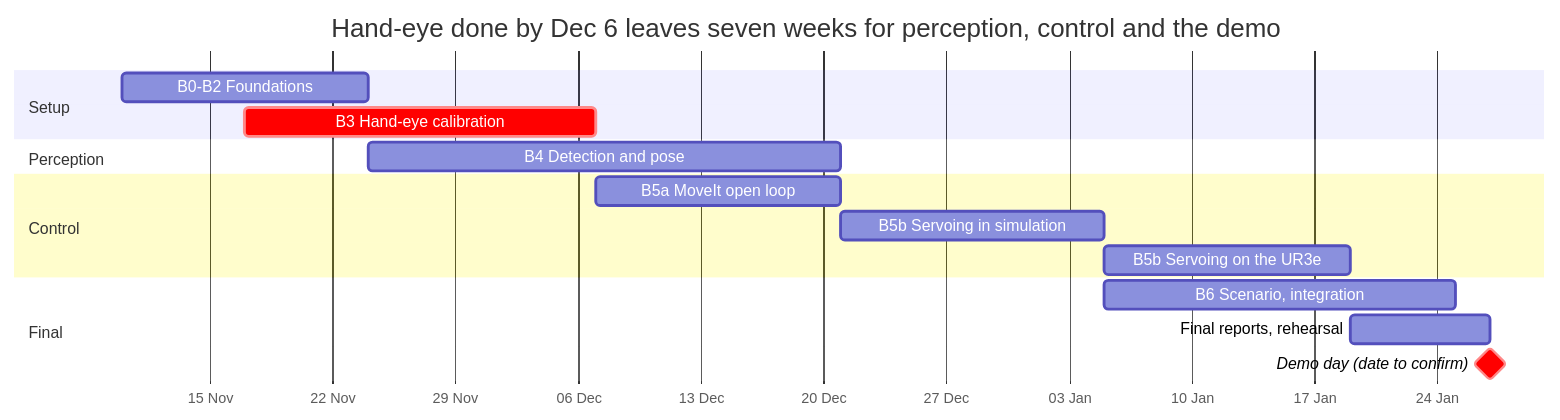
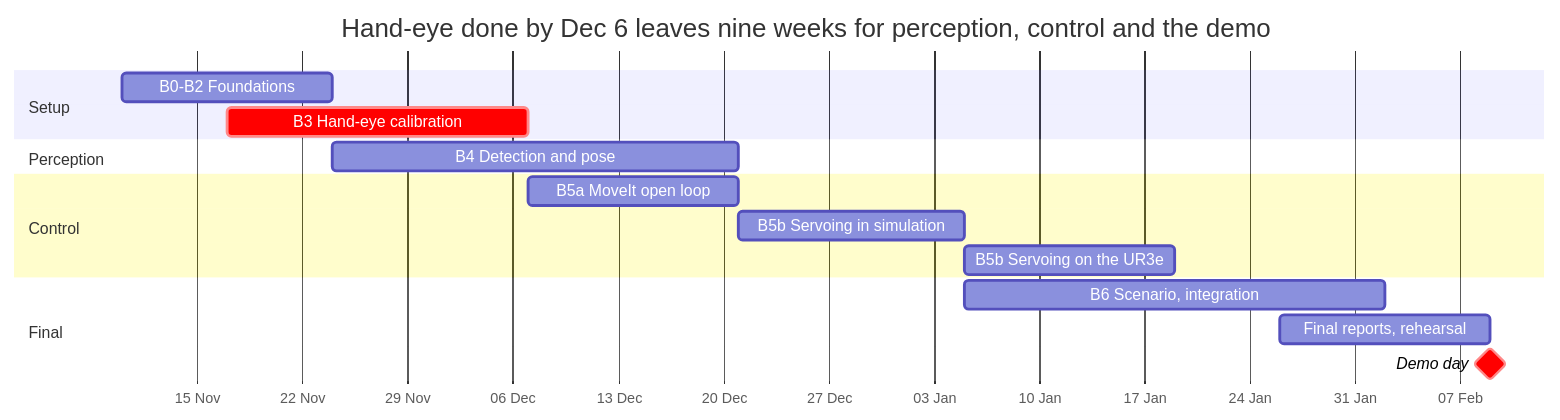
One commit to mohamedalijomaaghouil/sigma-ur3e-group changed the second of 2 diagrams in docs/PLAN.md. Above: the diagram before and after it, drawn with Mermaid. The commit also changed other lines of this file, not shown here.

Commit message:
PLAN: demo moved to 09/02/2027 (updated Project-3A.pdf)

````diff
--- a/docs/PLAN.md
+++ b/docs/PLAN.md
@@ -130,19 +130,19 @@
 ```mermaid
 gantt
-    title Hand-eye done by Dec 6 leaves seven weeks for perception, control and the demo
+    title Hand-eye done by Dec 6 leaves nine weeks for perception, control and the demo
     dateFormat YYYY-MM-DD
     axisFormat %d %b
     section Setup
     B0-B2 Foundations            :         setup, 2026-11-10, 2026-11-24
     B3 Hand-eye calibration      :crit,    he,    2026-11-17, 2026-12-07
     section Perception
     B4 Detection and pose        :         per,   2026-11-24, 2026-12-21
     section Control
     B5a MoveIt open loop         :         ol,    2026-12-07, 2026-12-21
     B5b Servoing in simulation   :         vss,   2026-12-21, 2027-01-05
     B5b Servoing on the UR3e     :         vsr,   2027-01-05, 2027-01-19
     section Final
-    B6 Scenario, integration     :         sc,    2027-01-05, 2027-01-25
-    Final reports, rehearsal     :         rep,   2027-01-19, 2027-01-27
-    Demo day (date to confirm)   :milestone, crit, demo, 2027-01-27, 0d
+    B6 Scenario, integration     :         sc,    2027-01-05, 2027-02-02
+    Final reports, rehearsal     :         rep,   2027-01-26, 2027-02-09
+    Demo day                     :milestone, crit, demo, 2027-02-09, 0d
 ```
````
